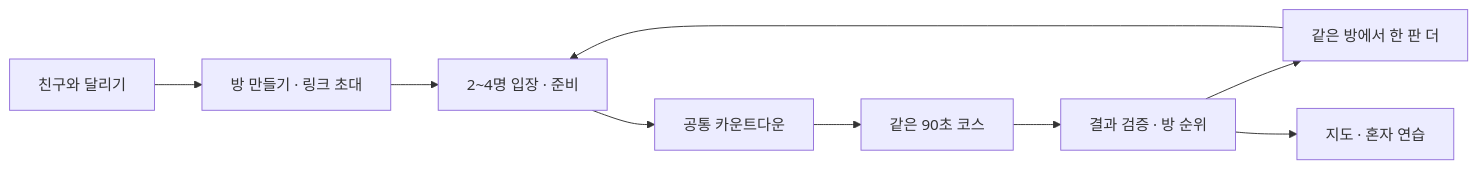
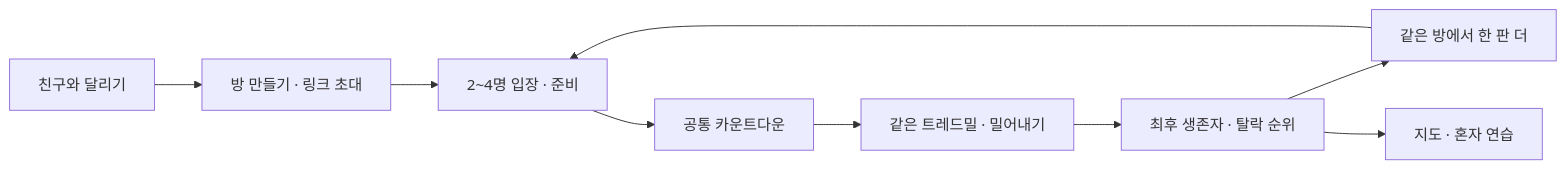
One commit to hojune0330/TRAINORACLE changed the diagram in docs/handoff/minigame/FRIEND_RACE_PLAN.md. Above: the diagram before and after it, drawn with Mermaid. The commit also changed other lines of this file and 3 other files, not shown here.

````diff
--- a/docs/handoff/minigame/FRIEND_RACE_PLAN.md
+++ b/docs/handoff/minigame/FRIEND_RACE_PLAN.md
@@ -29,11 +31,11 @@
 ```mermaid
 flowchart LR
   A[친구와 달리기] --> B[방 만들기 · 링크 초대]
   B --> C[2~4명 입장 · 준비]
   C --> D[공통 카운트다운]
-  D --> E[같은 90초 코스]
-  E --> F[결과 검증 · 방 순위]
+  D --> E[같은 트레드밀 · 밀어내기]
+  E --> F[최후 생존자 · 탈락 순위]
   F --> G[같은 방에서 한 판 더]
   G --> C
   F --> H[지도 · 혼자 연습]
 ```
````
